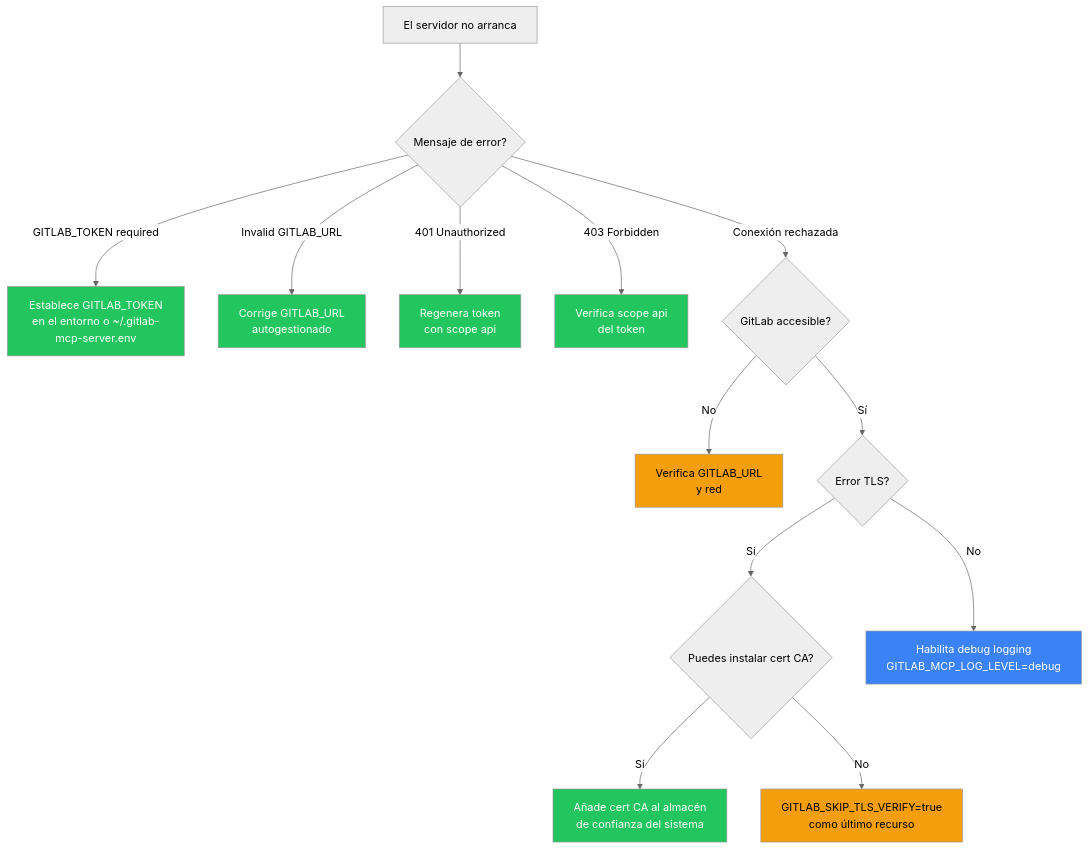
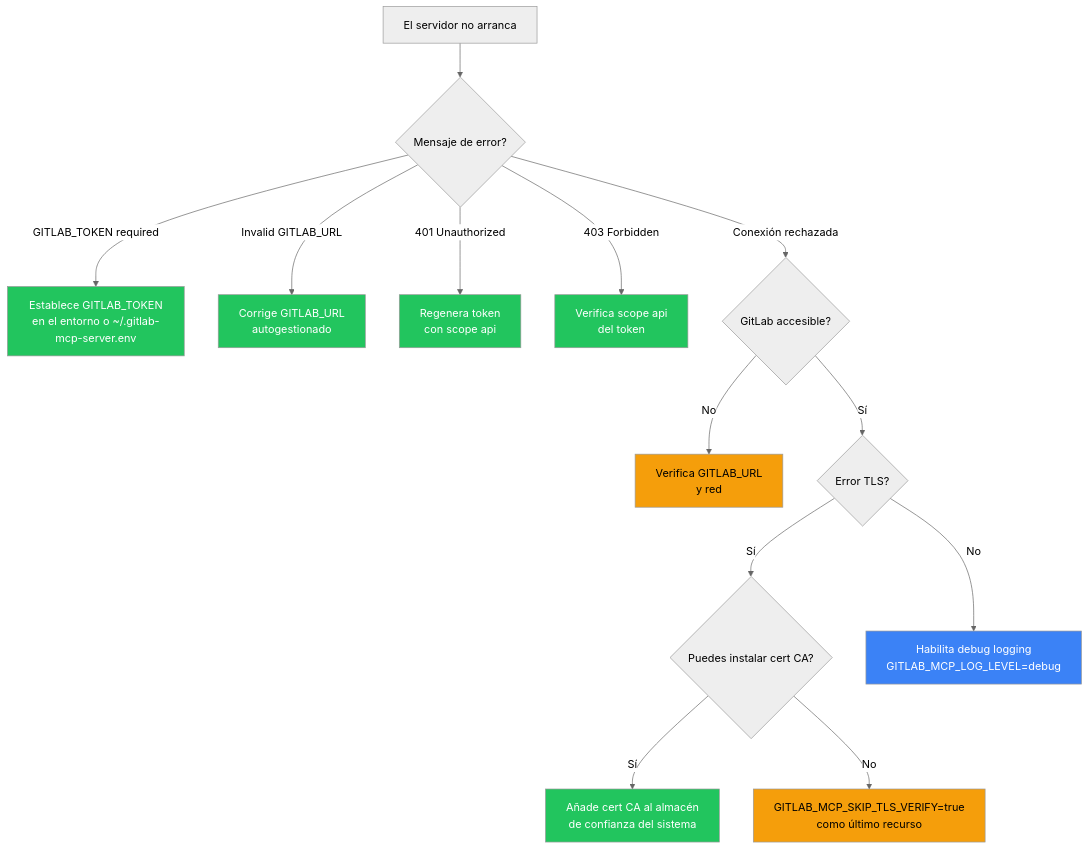
Before and after one commit to jmrplens/gitlab-mcp-server: the diagram in site/src/content/docs/es/operations/troubleshooting.mdx, drawn with Mermaid (neutral theme). The commit also changed other lines of this file and 135 other files, not shown here.

````diff
--- a/site/src/content/docs/es/operations/troubleshooting.mdx
+++ b/site/src/content/docs/es/operations/troubleshooting.mdx
@@ -22,24 +22,24 @@
 ```mermaid
 flowchart TD
     A[El servidor no arranca] --> B{Mensaje de error?}
     B -->|GITLAB_TOKEN required| C[Establece GITLAB_TOKEN<br/>en el entorno o ~/.gitlab-mcp-server.env]
     B -->|Invalid GITLAB_URL| D[Corrige GITLAB_URL<br/>autogestionado]
     B -->|401 Unauthorized| E[Regenera token<br/>con scope api]
     B -->|403 Forbidden| F[Verifica scope api<br/>del token]
     B -->|Conexión rechazada| G{GitLab accesible?}
     G -->|No| H[Verifica GITLAB_URL<br/>y red]
     G -->|Sí| I{Error TLS?}
     I -->|Sí| J{Puedes instalar cert CA?}
     J -->|Sí| J1[Añade cert CA al almacén<br/>de confianza del sistema]
-    J -->|No| J2[GITLAB_SKIP_TLS_VERIFY=true<br/>como último recurso]
+    J -->|No| J2[GITLAB_MCP_SKIP_TLS_VERIFY=true<br/>como último recurso]
     I -->|No| K[Habilita debug logging<br/>GITLAB_MCP_LOG_LEVEL=debug]
 
     style C fill:#22c55e,color:#fff
     style D fill:#22c55e,color:#fff
     style E fill:#22c55e,color:#fff
     style F fill:#22c55e,color:#fff
     style H fill:#f59e0b,color:#000
     style J1 fill:#22c55e,color:#fff
     style J2 fill:#f59e0b,color:#000
     style K fill:#3b82f6,color:#fff
 ```
````
